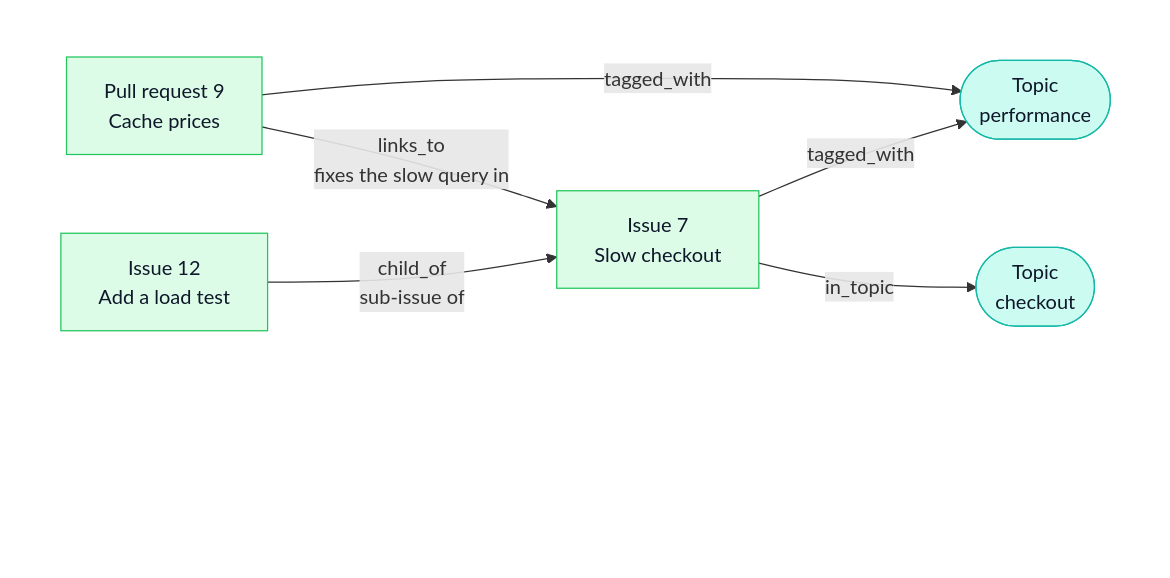
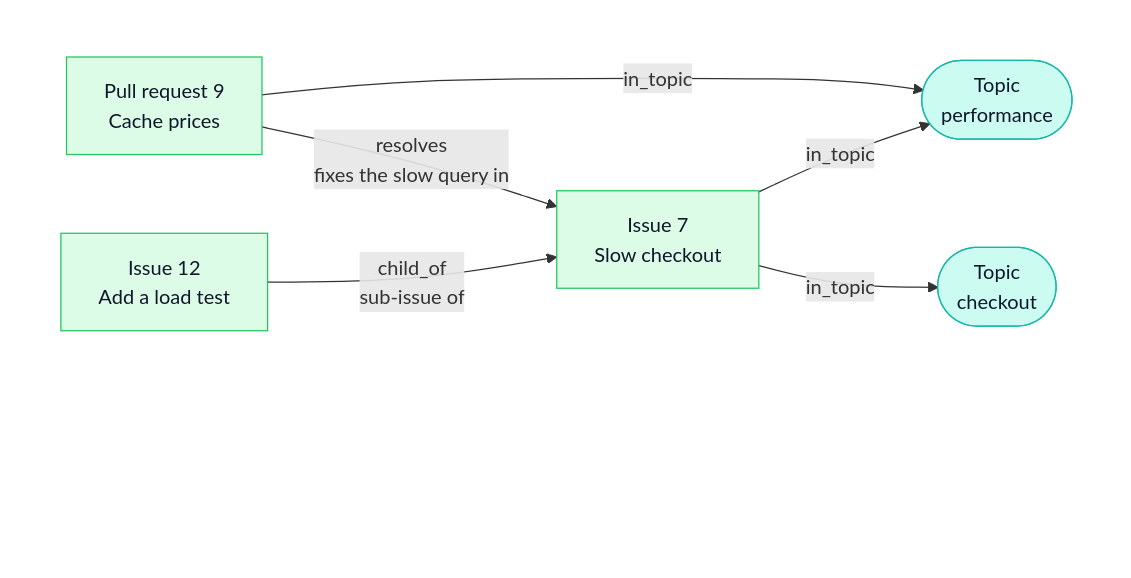
Before and after one commit to umran/grafsol: the second of 8 diagrams in README.md, drawn with Mermaid. The commit also changed other lines of this file and 65 other files, not shown here.

````diff
--- a/README.md
+++ b/README.md
@@ -107,25 +108,25 @@
 ```mermaid
 flowchart TB
     subgraph all[" "]
         direction LR
         pr["Pull request 9<br/>Cache prices"]:::doc
         sub["Issue 12<br/>Add a load test"]:::doc
         issue["Issue 7<br/>Slow checkout"]:::doc
         checkout(["Topic<br/>checkout"]):::topic
         perf(["Topic<br/>performance"]):::topic
 
-        pr -- "links_to<br/>fixes the slow query in" --> issue
+        pr -- "resolves<br/>fixes the slow query in" --> issue
         sub -- "child_of<br/>sub-issue of" --> issue
         issue -- "in_topic" --> checkout
-        issue -- "tagged_with" --> perf
-        pr -- "tagged_with" --> perf
+        issue -- "in_topic" --> perf
+        pr -- "in_topic" --> perf
     end
 
     %% An empty row at the bottom: GitHub lays its zoom buttons over that corner.
     all ~~~ corner["&nbsp;<br/>&nbsp;<br/>&nbsp;"]
 
     classDef doc fill:#dcfce7,stroke:#22c55e,color:#0f172a
     classDef topic fill:#ccfbf1,stroke:#14b8a6,color:#0f172a
     style all fill:none,stroke:none
     style corner fill:none,stroke:none
 ```
````
